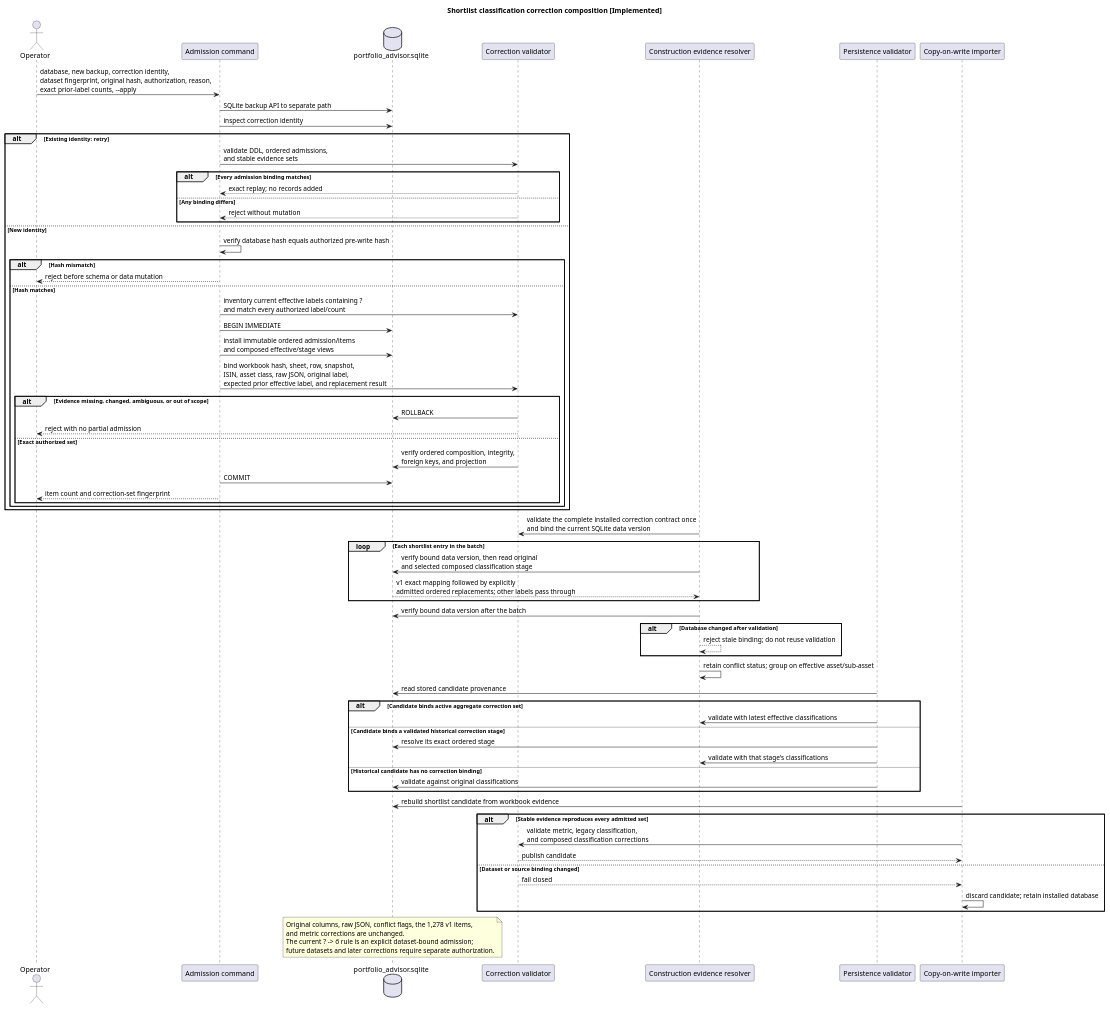
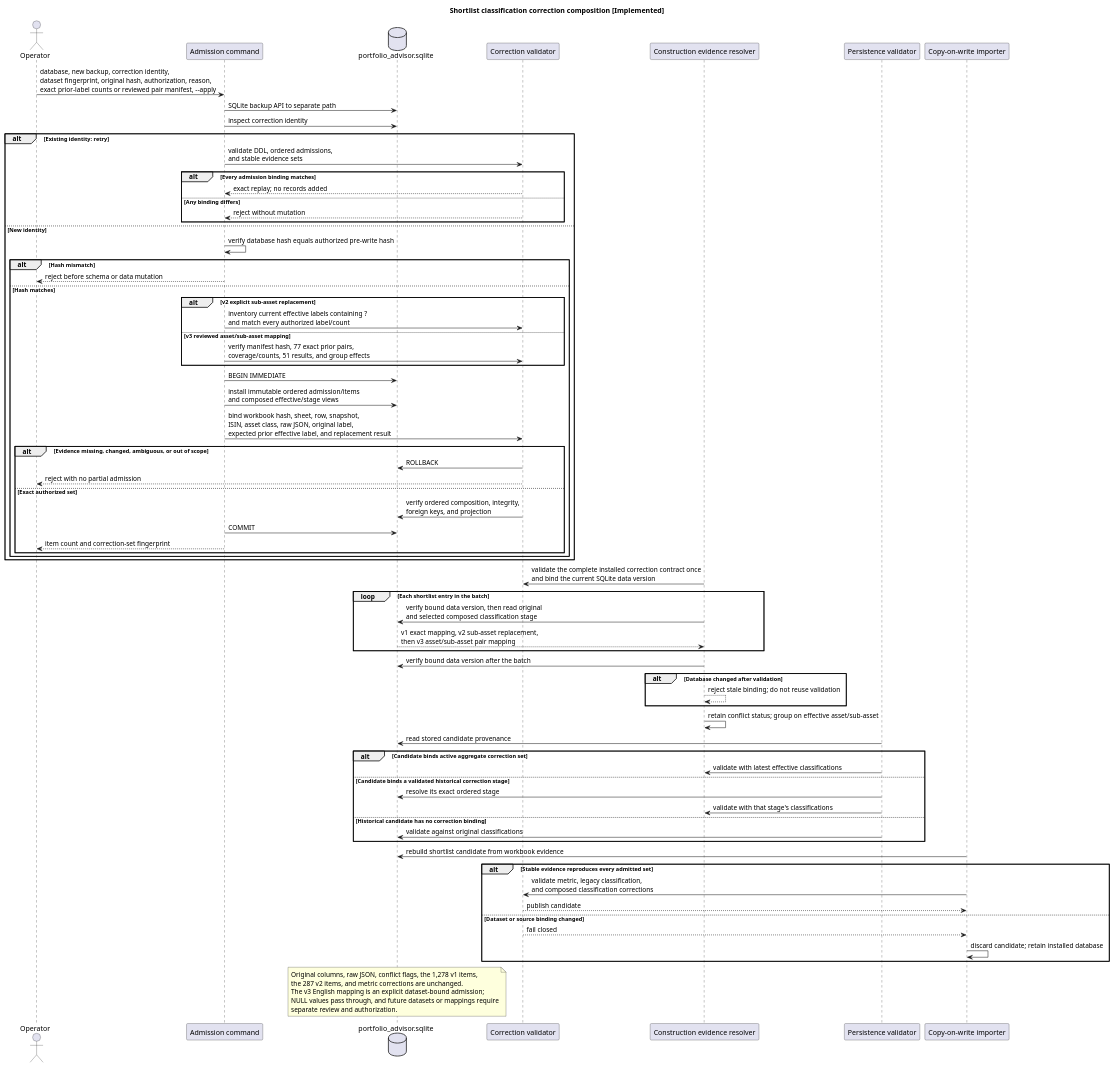
One commit to zolcsika71/portfolio_advisor changed the diagram in docs/diagrams/shortlist-classification-correction.puml. Above: the diagram before and after it, drawn with PlantUML. The commit also changed 12 other files, not shown here.

Commit message:
feat(database): standardize effective shortlist classifications in English

```diff
--- a/docs/diagrams/shortlist-classification-correction.puml
+++ b/docs/diagrams/shortlist-classification-correction.puml
@@ -1,87 +1,93 @@
 @startuml
 ' Status: Implemented
 ' Verified against: src/portfolio_advisor/database/migrations/shortlist_classification.py
 ' Verified against: src/portfolio_advisor/database/migrations/shortlist_classification_composition.py
+' Verified against: src/portfolio_advisor/database/migrations/shortlist_classification_pair_mapping.py
 ' Verified against: src/portfolio_advisor/database/migrations/shortlist_parallel.py
 ' Verified against: src/portfolio_advisor/construction/evidence.py
 ' Verified against: src/portfolio_advisor/construction/persistence.py
 ' Verified by: tests/test_shortlist_classification_corrections.py
 title Shortlist classification correction composition [Implemented]
 
 actor Operator
 participant "Admission command" as CLI
 database "portfolio_advisor.sqlite" as DB
 participant "Correction validator" as Validator
 participant "Construction evidence resolver" as Resolver
 participant "Persistence validator" as Persistence
 participant "Copy-on-write importer" as Importer
 
 box "Explicit operator write boundary" #FFF2CC
-Operator -> CLI: database, new backup, correction identity,\ndataset fingerprint, original hash, authorization, reason,\nexact prior-label counts, --apply
+Operator -> CLI: database, new backup, correction identity,\ndataset fingerprint, original hash, authorization, reason,\nexact prior-label counts or reviewed pair manifest, --apply
 CLI -> DB: SQLite backup API to separate path
 CLI -> DB: inspect correction identity
 alt Existing identity: retry
   CLI -> Validator: validate DDL, ordered admissions,\nand stable evidence sets
   alt Every admission binding matches
     Validator --> CLI: exact replay; no records added
   else Any binding differs
     Validator --> CLI: reject without mutation
   end
 else New identity
   CLI -> CLI: verify database hash equals authorized pre-write hash
   alt Hash mismatch
     CLI --> Operator: reject before schema or data mutation
   else Hash matches
-    CLI -> Validator: inventory current effective labels containing ?\nand match every authorized label/count
+    alt v2 explicit sub-asset replacement
+      CLI -> Validator: inventory current effective labels containing ?\nand match every authorized label/count
+    else v3 reviewed asset/sub-asset mapping
+      CLI -> Validator: verify manifest hash, 77 exact prior pairs,\ncoverage/counts, 51 results, and group effects
+    end
     CLI -> DB: BEGIN IMMEDIATE
     CLI -> DB: install immutable ordered admission/items\nand composed effective/stage views
     CLI -> Validator: bind workbook hash, sheet, row, snapshot,\nISIN, asset class, raw JSON, original label,\nexpected prior effective label, and replacement result
     alt Evidence missing, changed, ambiguous, or out of scope
       Validator -> DB: ROLLBACK
       Validator --> Operator: reject with no partial admission
     else Exact authorized set
       Validator -> DB: verify ordered composition, integrity,\nforeign keys, and projection
       CLI -> DB: COMMIT
       CLI --> Operator: item count and correction-set fingerprint
     end
   end
 end
 end box
 
 Resolver -> Validator: validate the complete installed correction contract once\nand bind the current SQLite data version
 loop Each shortlist entry in the batch
   Resolver -> DB: verify bound data version, then read original\nand selected composed classification stage
-  DB --> Resolver: v1 exact mapping followed by explicitly\nadmitted ordered replacements; other labels pass through
+  DB --> Resolver: v1 exact mapping, v2 sub-asset replacement,\nthen v3 asset/sub-asset pair mapping
 end
 Resolver -> DB: verify bound data version after the batch
 alt Database changed after validation
   Resolver --> Resolver: reject stale binding; do not reuse validation
 end
 Resolver -> Resolver: retain conflict status; group on effective asset/sub-asset
 
 Persistence -> DB: read stored candidate provenance
 alt Candidate binds active aggregate correction set
   Persistence -> Resolver: validate with latest effective classifications
 else Candidate binds a validated historical correction stage
   Persistence -> DB: resolve its exact ordered stage
   Persistence -> Resolver: validate with that stage's classifications
 else Historical candidate has no correction binding
   Persistence -> DB: validate against original classifications
 end
 
 Importer -> DB: rebuild shortlist candidate from workbook evidence
 alt Stable evidence reproduces every admitted set
   Importer -> Validator: validate metric, legacy classification,\nand composed classification corrections
   Validator --> Importer: publish candidate
 else Dataset or source binding changed
   Validator --> Importer: fail closed
   Importer -> Importer: discard candidate; retain installed database
 end
 
 note over DB
 Original columns, raw JSON, conflict flags, the 1,278 v1 items,
-and metric corrections are unchanged.
-The current ? -> ő rule is an explicit dataset-bound admission;
-future datasets and later corrections require separate authorization.
+the 287 v2 items, and metric corrections are unchanged.
+The v3 English mapping is an explicit dataset-bound admission;
+NULL values pass through, and future datasets or mappings require
+separate review and authorization.
 end note
 @enduml
```
